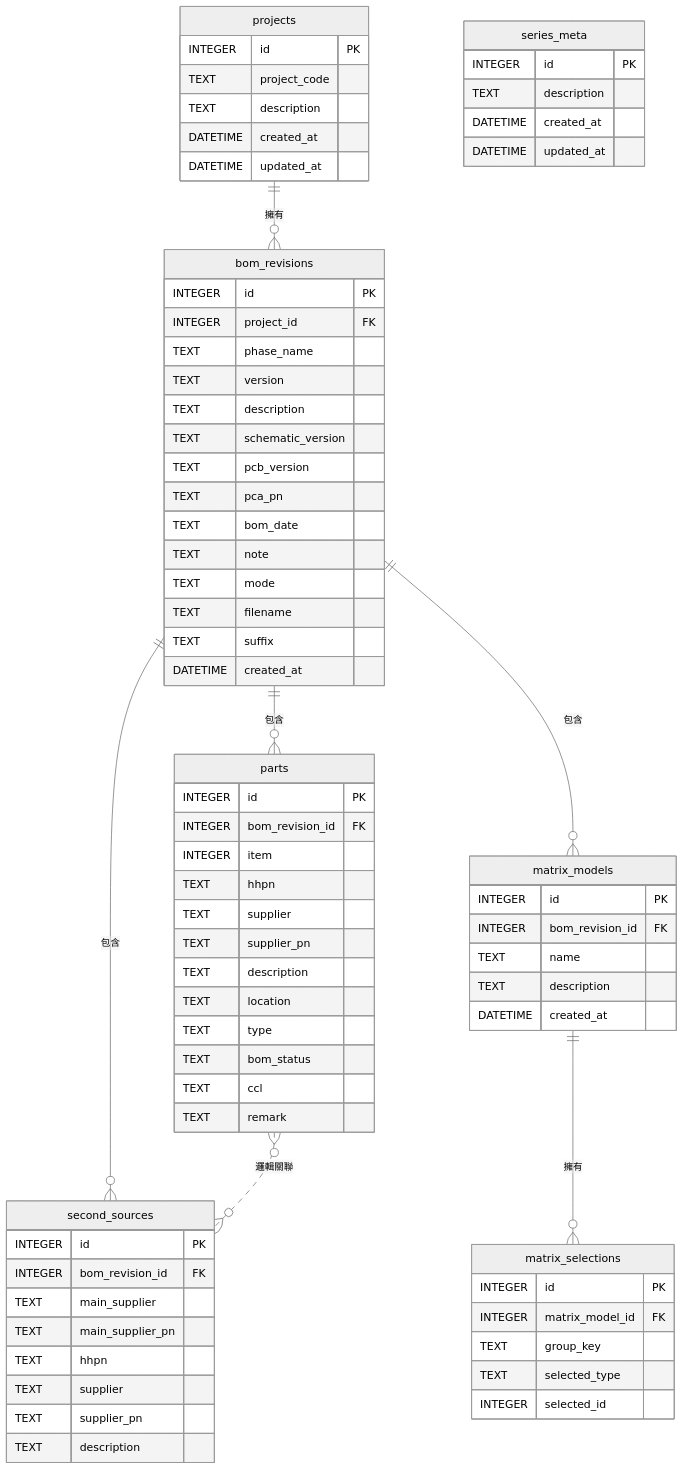
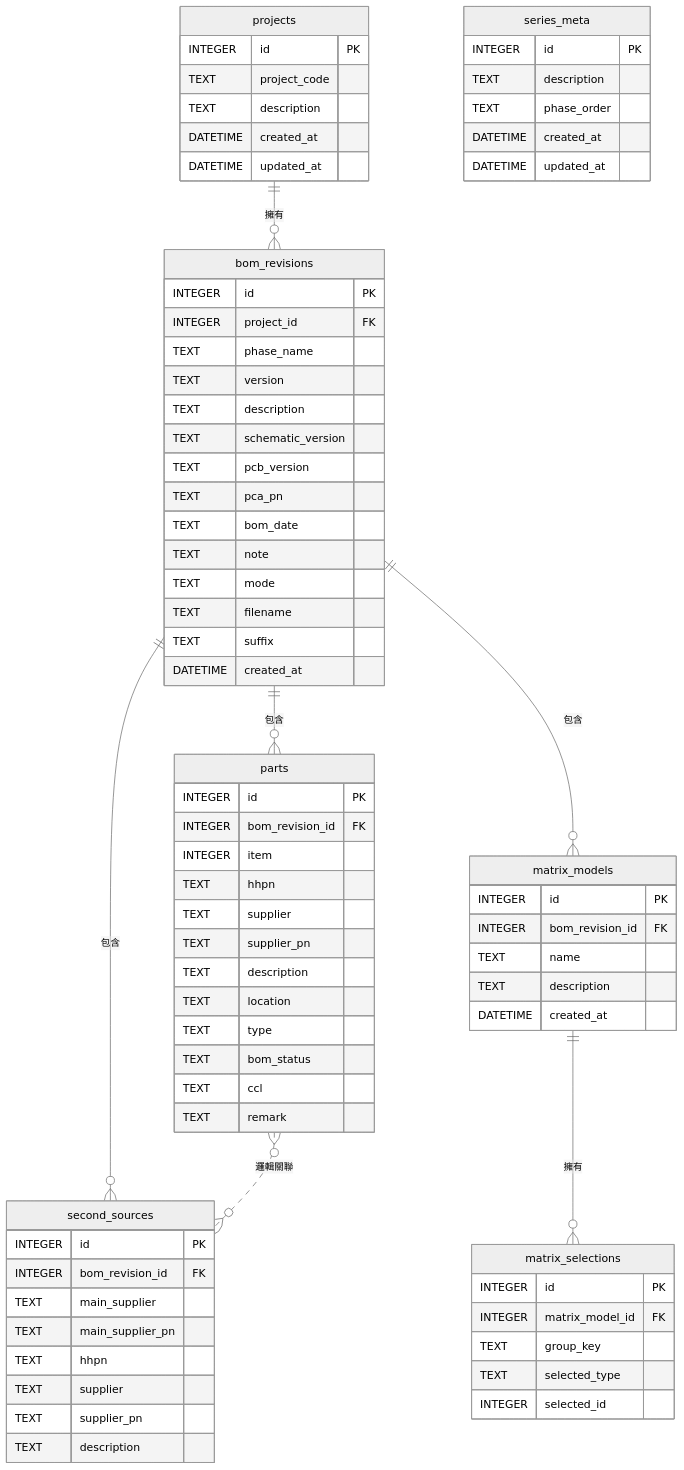
The diagram in dev/DATABASE.md (AngeloEyez/BOMIX), drawn with Mermaid (neutral theme) before and after one commit. The commit also changed other lines of this file and 24 other files, not shown here.

First line of the commit message:
feat(bom): add custom phase order for BOM versions

```diff
--- a/dev/DATABASE.md
+++ b/dev/DATABASE.md
@@ -37,6 +37,7 @@
     series_meta {
         INTEGER id PK
         TEXT description
+        TEXT phase_order
         DATETIME created_at
         DATETIME updated_at
     }
```
